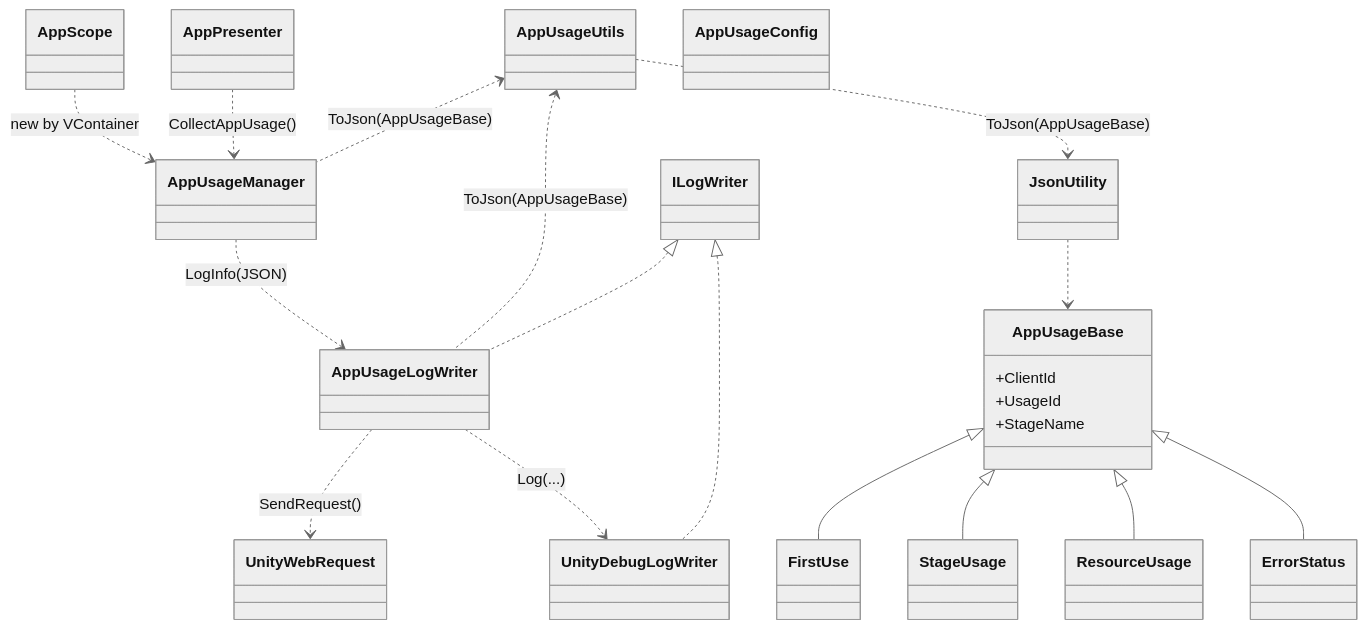
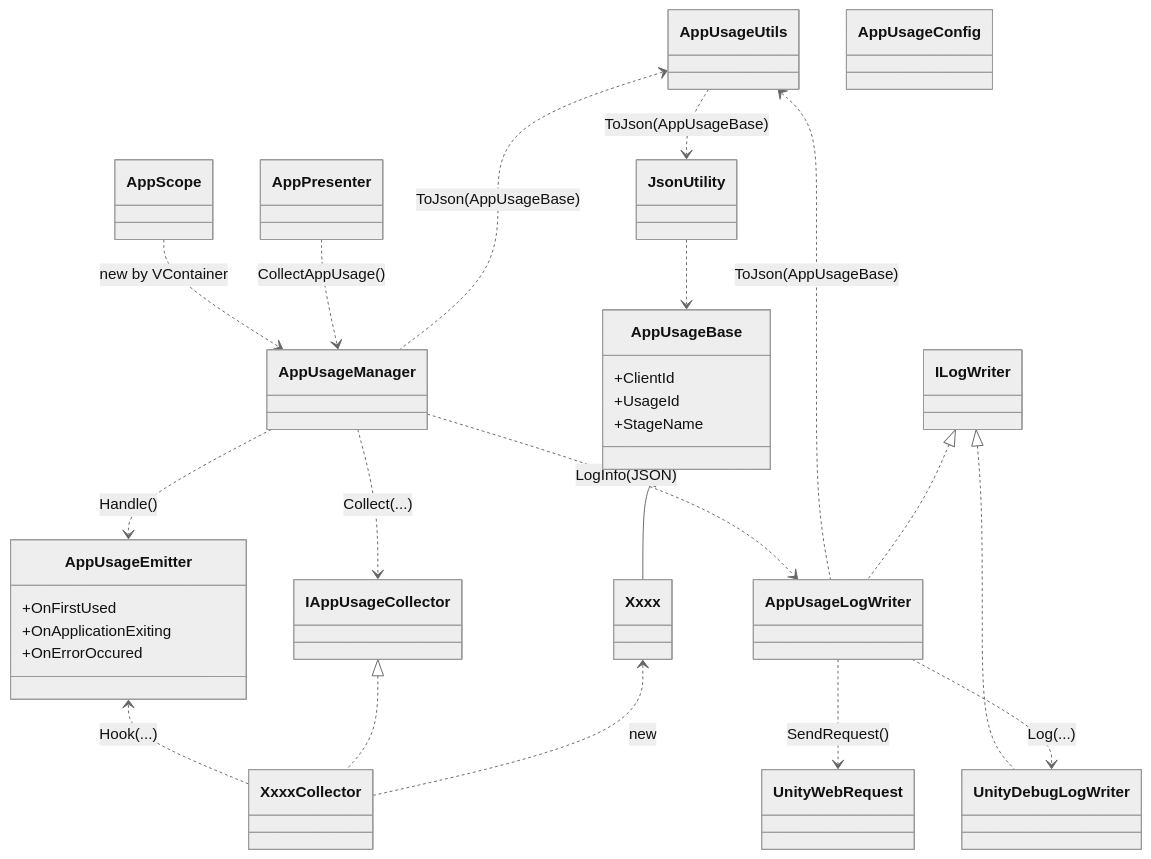
One commit to extreal-dev/Extreal.Guide changed the second of 2 diagrams in docs/sample-app/dev-guide.md. Above: the diagram before and after it, drawn with Mermaid (neutral theme). The commit also changed other lines of this file and 1 other file, not shown here.

Commit message:
Refactoring AppUsage (#47)

````diff
--- a/docs/sample-app/dev-guide.md
+++ b/docs/sample-app/dev-guide.md
@@ -618,28 +618,36 @@
 ```mermaid
 classDiagram
 
     AppScope ..> AppUsageManager: new by VContainer
     AppPresenter ..> AppUsageManager: CollectAppUsage()
+    AppUsageManager ..> IAppUsageCollector: Collect(...)
+    AppUsageManager ..> AppUsageEmitter: Handle()
+    AppUsageEmitter <.. XxxxCollector: Hook(...)
+    IAppUsageCollector <|.. XxxxCollector
     AppUsageManager ..> AppUsageLogWriter: LogInfo(JSON)
     AppUsageUtils <.. AppUsageManager: ToJson(AppUsageBase)
     AppUsageUtils <.. AppUsageLogWriter: ToJson(AppUsageBase)
     AppUsageUtils ..> JsonUtility: ToJson(AppUsageBase)
     JsonUtility ..> AppUsageBase
     ILogWriter <|.. AppUsageLogWriter
     ILogWriter <|.. UnityDebugLogWriter
     AppUsageLogWriter ..> UnityWebRequest: SendRequest()
     AppUsageLogWriter ..> UnityDebugLogWriter: Log(...)
-    AppUsageBase <|-- FirstUse
-    AppUsageBase <|-- StageUsage
-    AppUsageBase <|-- ResourceUsage
-    AppUsageBase <|-- ErrorStatus
+    AppUsageBase <|-- Xxxx
+    Xxxx <.. XxxxCollector: new
 
     class AppUsageBase {
         +ClientId
         +UsageId
         +StageName
     }
-    
+
+    class AppUsageEmitter {
+        +OnFirstUsed
+        +OnApplicationExiting
+        +OnErrorOccured
+    }
+
     class AppUsageConfig {
     }
 ```
````
